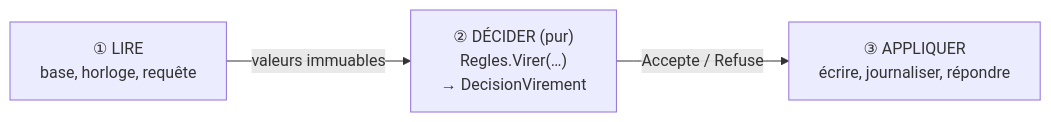
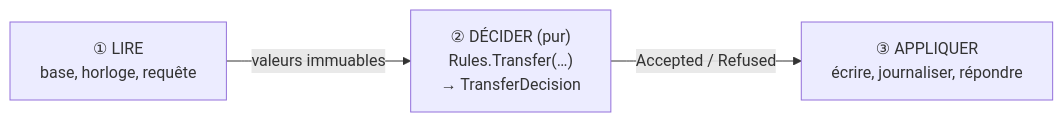
One commit to drangoht/ArchitecturesDemo changed the diagram in Docs/fiches/04-coeur-fonctionnel.md. Above: the diagram before and after it, drawn with Mermaid. The commit also changed other lines of this file and 70 other files, not shown here.

Commit message:
Docs FR : identifiants, liens, diagrammes et sorties alignés sur le code anglais

````diff
--- a/Docs/fiches/04-coeur-fonctionnel.md
+++ b/Docs/fiches/04-coeur-fonctionnel.md
@@ -9,5 +9,5 @@
 ```mermaid
 flowchart LR
-    L["① LIRE<br/>base, horloge, requête"] -->|valeurs immuables| D["② DÉCIDER (pur)<br/>Regles.Virer(…)<br/>→ DecisionVirement"]
-    D -->|"Accepte / Refuse"| A["③ APPLIQUER<br/>écrire, journaliser, répondre"]
+    L["① LIRE<br/>base, horloge, requête"] -->|valeurs immuables| D["② DÉCIDER (pur)<br/>Rules.Transfer(…)<br/>→ TransferDecision"]
+    D -->|"Accepted / Refused"| A["③ APPLIQUER<br/>écrire, journaliser, répondre"]
 ```
````
